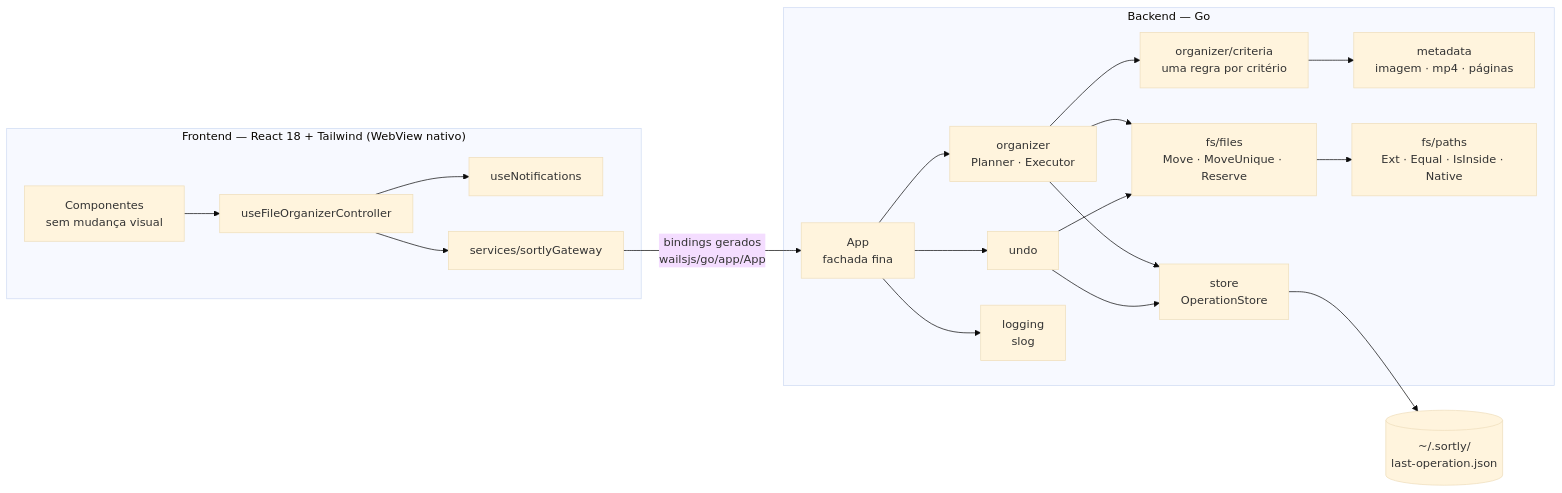
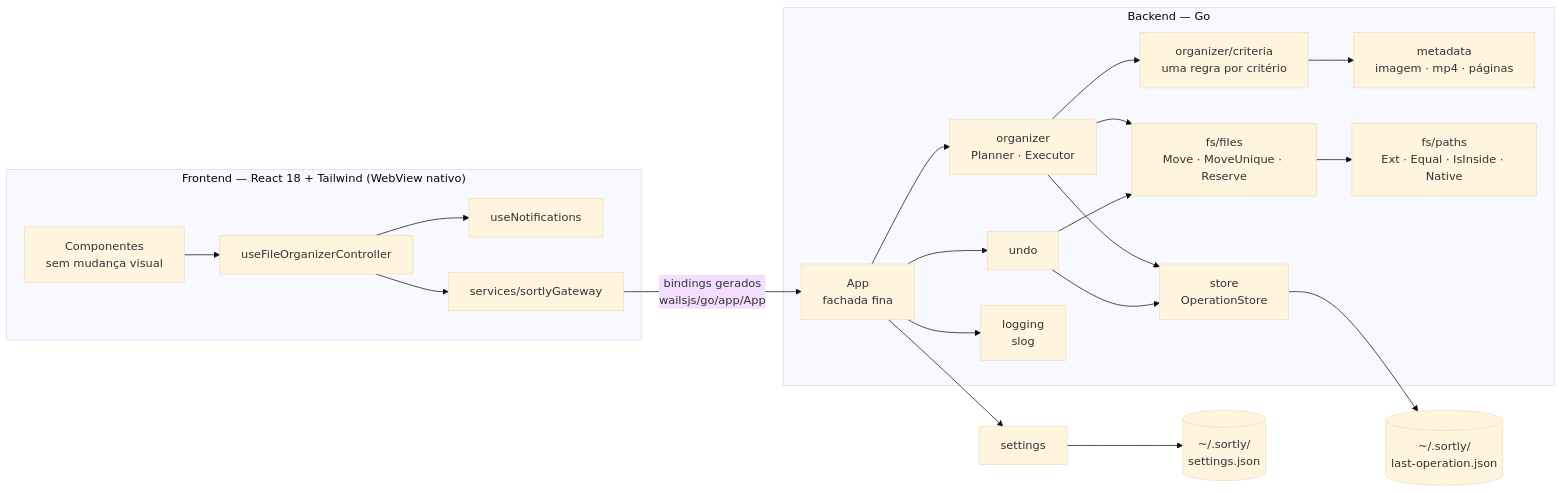
The diagram in docs/architecture.md (caiofdev/sortly), drawn with Mermaid (base theme) before and after one commit. The commit also changed other lines of this file and 5 other files, not shown here.

````diff
--- a/docs/architecture.md
+++ b/docs/architecture.md
@@ -11,22 +11,24 @@
 ```mermaid
 flowchart LR
   subgraph Frontend["Frontend — React 18 + Tailwind (WebView nativo)"]
     UI[Componentes<br/>sem mudança visual] --> Ctrl[useFileOrganizerController]
     Ctrl --> Notif[useNotifications]
     Ctrl --> GW[services/sortlyGateway]
   end
   GW -- "bindings gerados<br/>wailsjs/go/app/App" --> App
   subgraph Backend["Backend — Go"]
     App[App<br/>fachada fina] --> Org[organizer<br/>Planner · Executor]
     Org --> Crit[organizer/criteria<br/>uma regra por critério]
     App --> Undo[undo]
     Crit --> Meta[metadata<br/>imagem · mp4 · páginas]
     Org --> Files[fs/files<br/>Move · MoveUnique · Reserve]
     Undo --> Files
     Files --> Paths[fs/paths<br/>Ext · Equal · IsInside · Native]
     Org --> Store[store<br/>OperationStore]
     Undo --> Store
     App --> Log[logging<br/>slog]
   end
   Store --> JSON[(~/.sortly/<br/>last-operation.json)]
+  App --> Settings[settings]
+  Settings --> Prefs[(~/.sortly/<br/>settings.json)]
 ```
````
